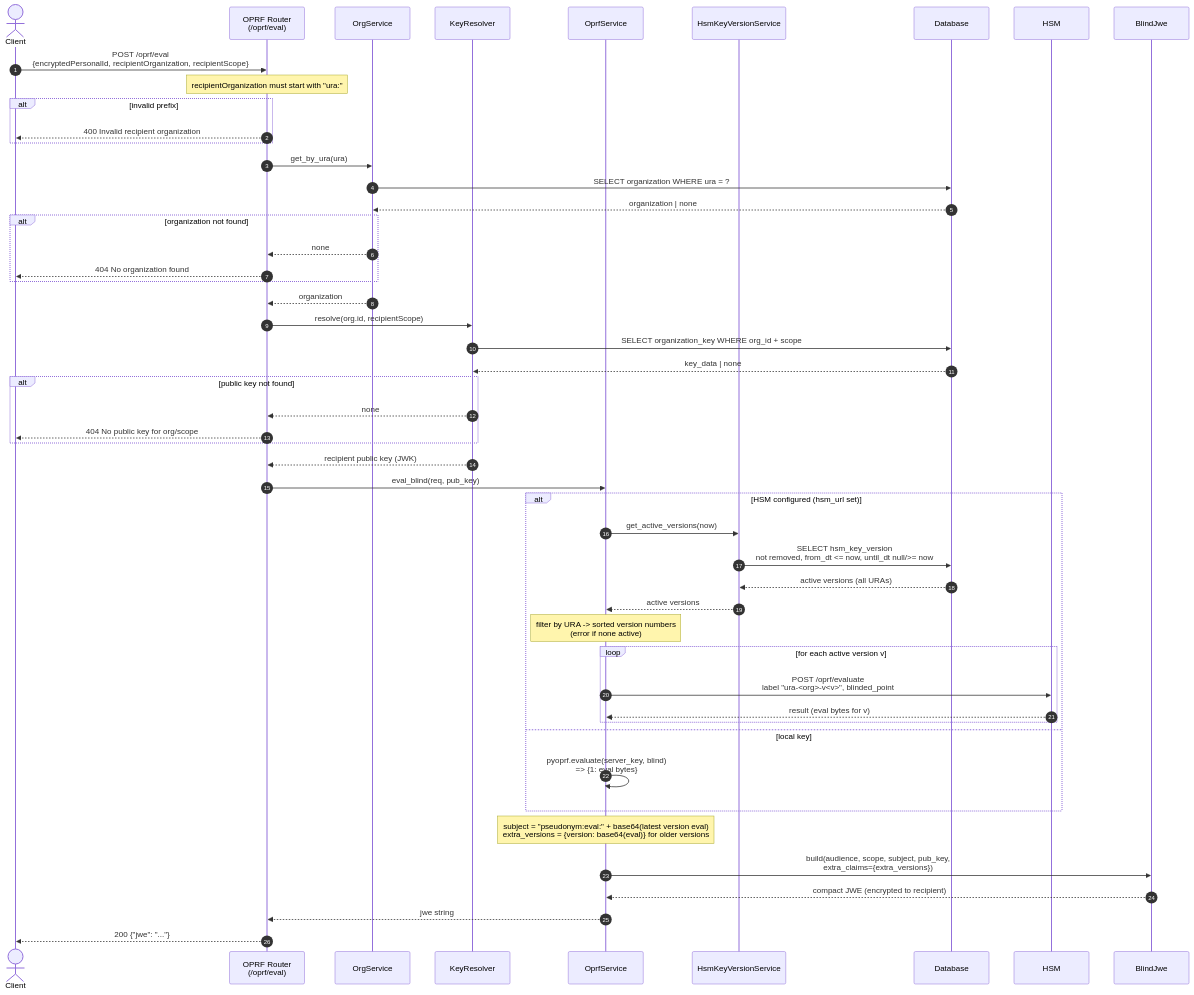
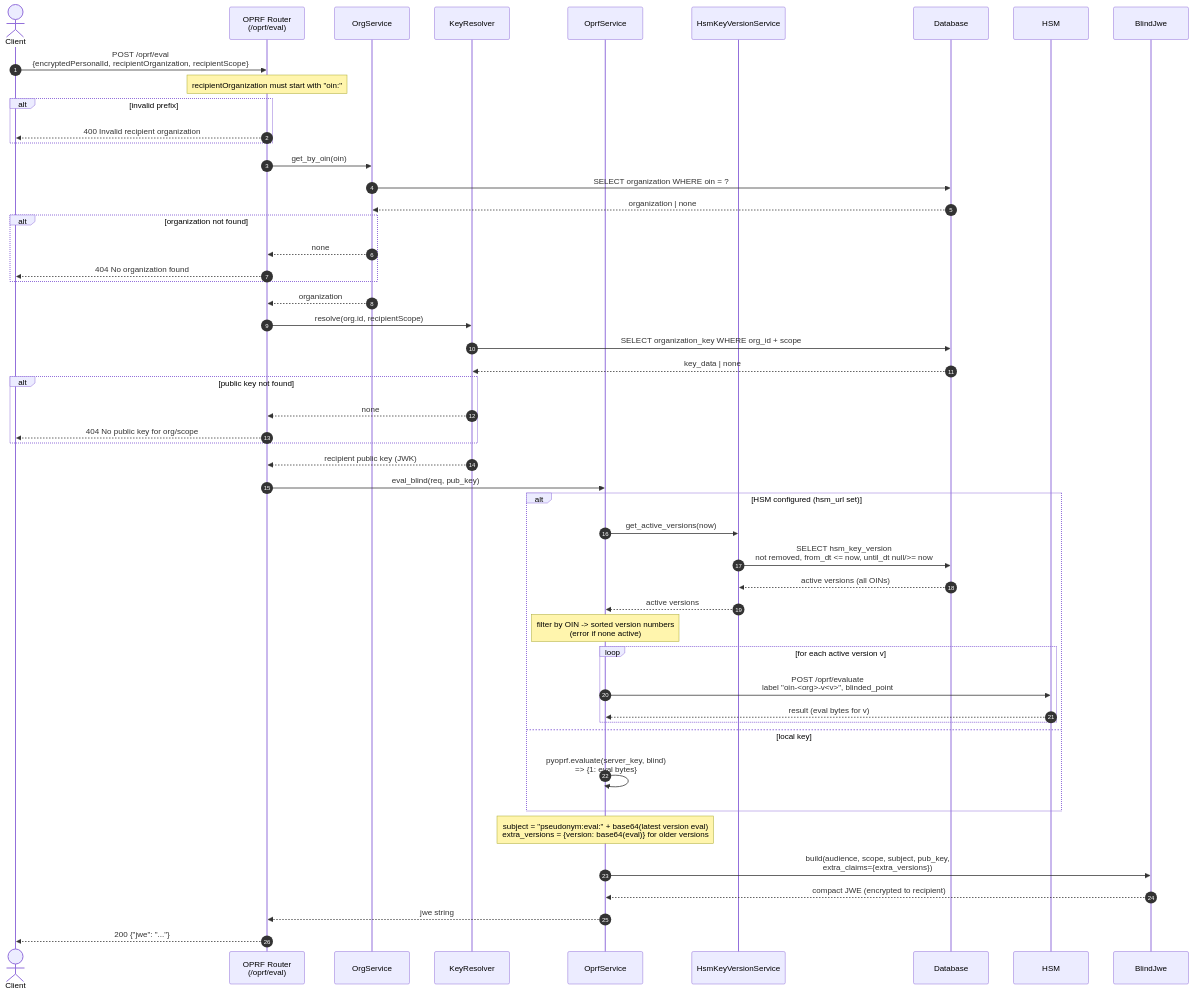
Before and after one commit to minvws/gfmodules-pseudoniemendienst: the diagram in docs/oprf-eval-flow.md, drawn with Mermaid. The commit also changed other lines of this file and 5 other files, not shown here.

Commit message:
updated docs to include OIN instead of URA

````diff
--- a/docs/oprf-eval-flow.md
+++ b/docs/oprf-eval-flow.md
@@ -14,61 +14,61 @@
 ```mermaid
 sequenceDiagram
     autonumber
     actor Client
     participant Router as OPRF Router<br/>(/oprf/eval)
     participant Org as OrgService
     participant Keys as KeyResolver
     participant OPRF as OprfService
     participant Ver as HsmKeyVersionService
     participant DB as Database
     participant HSM as HSM
     participant JWE as BlindJwe
 
     Client->>Router: POST /oprf/eval<br/>{encryptedPersonalId, recipientOrganization, recipientScope}
 
-    Note over Router: recipientOrganization must start with "ura:"
+    Note over Router: recipientOrganization must start with "oin:"
     alt invalid prefix
         Router-->>Client: 400 Invalid recipient organization
     end
 
-    Router->>Org: get_by_ura(ura)
-    Org->>DB: SELECT organization WHERE ura = ?
+    Router->>Org: get_by_oin(oin)
+    Org->>DB: SELECT organization WHERE oin = ?
     DB-->>Org: organization | none
     alt organization not found
         Org-->>Router: none
         Router-->>Client: 404 No organization found
     end
     Org-->>Router: organization
 
     Router->>Keys: resolve(org.id, recipientScope)
     Keys->>DB: SELECT organization_key WHERE org_id + scope
     DB-->>Keys: key_data | none
     alt public key not found
         Keys-->>Router: none
         Router-->>Client: 404 No public key for org/scope
     end
     Keys-->>Router: recipient public key (JWK)
 
     Router->>OPRF: eval_blind(req, pub_key)
 
     alt HSM configured (hsm_url set)
         OPRF->>Ver: get_active_versions(now)
         Ver->>DB: SELECT hsm_key_version<br/>not removed, from_dt <= now, until_dt null/>= now
-        DB-->>Ver: active versions (all URAs)
+        DB-->>Ver: active versions (all OINs)
         Ver-->>OPRF: active versions
-        Note over OPRF: filter by URA -> sorted version numbers<br/>(error if none active)
+        Note over OPRF: filter by OIN -> sorted version numbers<br/>(error if none active)
         loop for each active version v
-            OPRF->>HSM: POST /oprf/evaluate<br/>label "ura-<org>-v<v>", blinded_point
+            OPRF->>HSM: POST /oprf/evaluate<br/>label "oin-<org>-v<v>", blinded_point
             HSM-->>OPRF: result (eval bytes for v)
         end
     else local key
         OPRF->>OPRF: pyoprf.evaluate(server_key, blind)<br/>=> {1: eval bytes}
     end
 
     Note over OPRF: subject = "pseudonym:eval:" + base64(latest version eval)<br/>extra_versions = {version: base64(eval)} for older versions
     OPRF->>JWE: build(audience, scope, subject, pub_key,<br/>extra_claims={extra_versions})
     JWE-->>OPRF: compact JWE (encrypted to recipient)
     OPRF-->>Router: jwe string
 
     Router-->>Client: 200 {"jwe": "..."}
 ```
````
